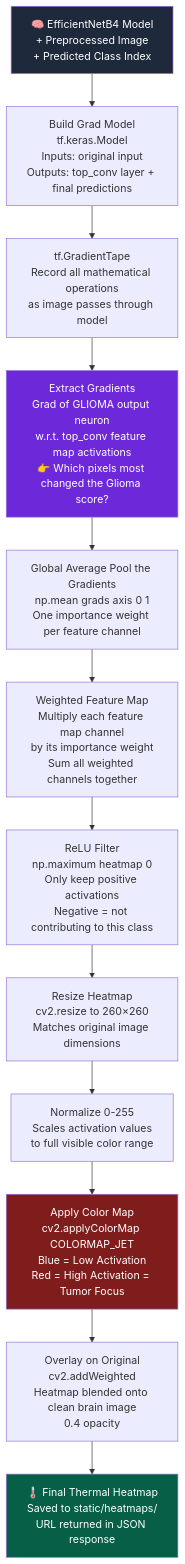
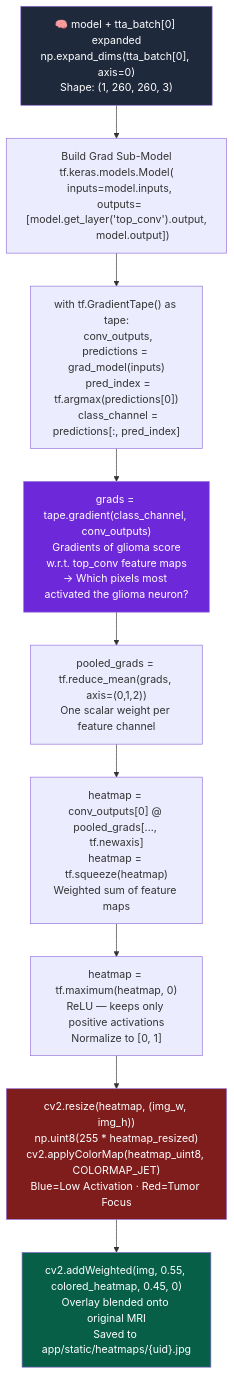
Before and after one commit to rajakumar123-commit/NeuroScan: the sixth of 7 diagrams in README.md, drawn with Mermaid. The commit also changed other lines of this file, not shown here.

Commit message:
docs: upgrade README with project-accurate pipeline diagrams and verified 94.88% metrics

````diff
--- a/README.md
+++ b/README.md
@@ -195,31 +236,25 @@
 ```mermaid
 flowchart TD
-    A["🧠 EfficientNetB4 Model\n+ Preprocessed Image\n+ Predicted Class Index"]
+    A["🧠 model + tta_batch[0] expanded\nnp.expand_dims(tta_batch[0], axis=0)\nShape: (1, 260, 260, 3)"]
 
-    A --> B["Build Grad Model\ntf.keras.Model\nInputs: original input\nOutputs: top_conv layer + final predictions"]
+    A --> B["Build Grad Sub-Model\ntf.keras.models.Model(\n  inputs=model.inputs,\n  outputs=[model.get_layer('top_conv').output,\n           model.output])"]
 
-    B --> C["tf.GradientTape\nRecord all mathematical operations\nas image passes through model"]
+    B --> C["with tf.GradientTape() as tape:\n  conv_outputs, predictions = grad_model(inputs)\n  pred_index = tf.argmax(predictions[0])\n  class_channel = predictions[:, pred_index]"]
 
-    C --> D["Extract Gradients\nGrad of GLIOMA output neuron\nw.r.t. top_conv feature map activations\n👉 Which pixels most changed the Glioma score?"]
+    C --> D["grads = tape.gradient(class_channel, conv_outputs)\nGradients of glioma score\nw.r.t. top_conv feature maps\n→ Which pixels most activated the glioma neuron?"]
 
-    D --> E["Global Average Pool the Gradients\nnp.mean grads axis 0 1\nOne importance weight per feature channel"]
+    D --> E["pooled_grads = tf.reduce_mean(grads, axis=(0,1,2))\nOne scalar weight per feature channel"]
 
-    E --> F["Weighted Feature Map\nMultiply each feature map channel\nby its importance weight\nSum all weighted channels together"]
+    E --> F["heatmap = conv_outputs[0] @ pooled_grads[..., tf.newaxis]\nheatmap = tf.squeeze(heatmap)\nWeighted sum of feature maps"]
 
-    F --> G["ReLU Filter\nnp.maximum heatmap 0\nOnly keep positive activations\nNegative = not contributing to this class"]
+    F --> G["heatmap = tf.maximum(heatmap, 0)\nReLU — keeps only positive activations\nNormalize to [0, 1]"]
 
-    G --> H["Resize Heatmap\ncv2.resize to 260×260\nMatches original image dimensions"]
+    G --> H["cv2.resize(heatmap, (img_w, img_h))\nnp.uint8(255 * heatmap_resized)\ncv2.applyColorMap(heatmap_uint8, COLORMAP_JET)\nBlue=Low Activation · Red=Tumor Focus"]
 
-    H --> I["Normalize 0-255\nScales activation values\nto full visible color range"]
-
-    I --> J["Apply Color Map\ncv2.applyColorMap COLORMAP_JET\nBlue = Low Activation\nRed = High Activation = Tumor Focus"]
-
-    J --> K["Overlay on Original\ncv2.addWeighted\nHeatmap blended onto clean brain image\n0.4 opacity"]
-
-    K --> L["🌡️ Final Thermal Heatmap\nSaved to static/heatmaps/\nURL returned in JSON response"]
+    H --> I["cv2.addWeighted(img, 0.55, colored_heatmap, 0.45, 0)\nOverlay blended onto original MRI\nSaved to app/static/heatmaps/{uid}.jpg"]
 
     style A fill:#1e293b,color:#fff
     style D fill:#6d28d9,color:#fff
-    style J fill:#7f1d1d,color:#fff
-    style L fill:#065f46,color:#fff
+    style H fill:#7f1d1d,color:#fff
+    style I fill:#065f46,color:#fff
 ```
````
